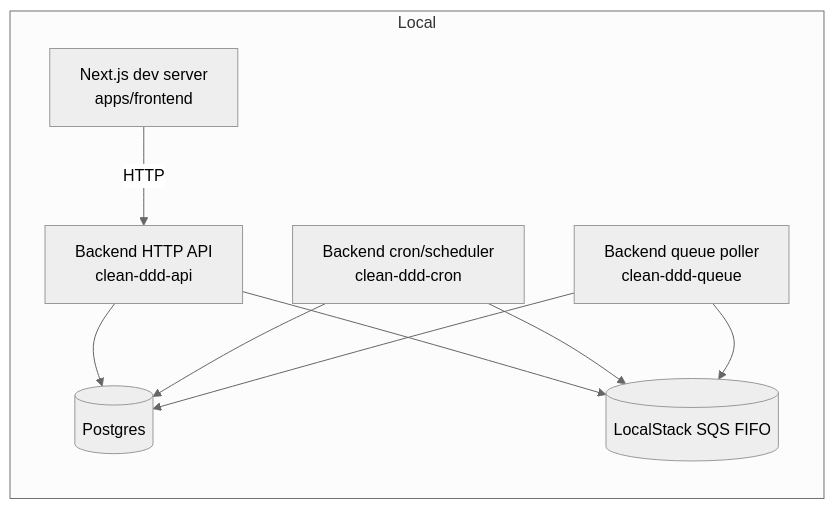
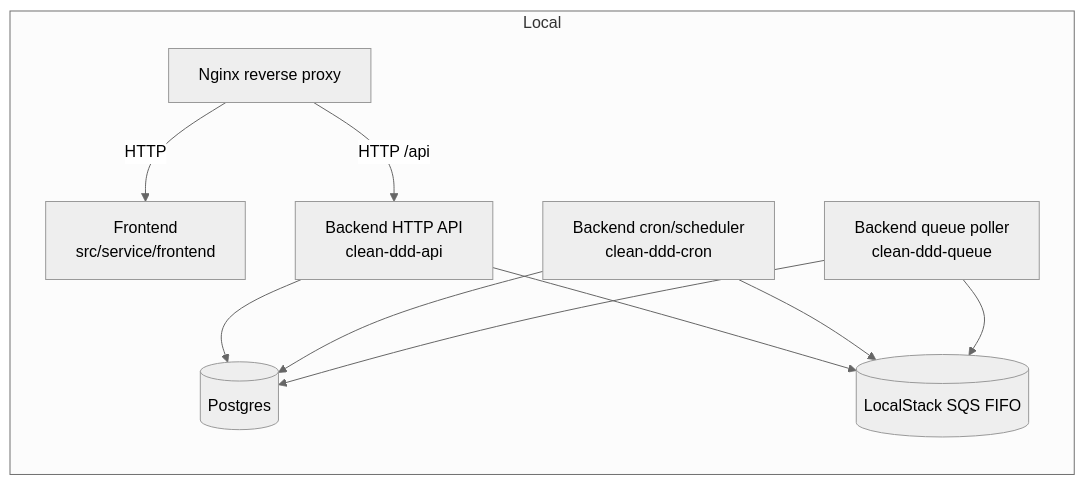
One commit to younganswer/clean-ddd changed the first of 2 diagrams in docs/runtime-topology.md. Above: the diagram before and after it, drawn with Mermaid (neutral theme). The commit also changed other lines of this file and 12 other files, not shown here.

````diff
--- a/docs/runtime-topology.md
+++ b/docs/runtime-topology.md
@@ -9,17 +9,18 @@
 ```mermaid
 graph LR
   subgraph LocalMachine[Local]
-    FE[Next.js dev server\napps/frontend] -->|HTTP| API[Backend HTTP API\nclean-ddd-api]
+    NGINX[Nginx reverse proxy] -->|HTTP| FE[Frontend\nsrc/service/frontend]
+    NGINX -->|HTTP /api| API[Backend HTTP API\nclean-ddd-api]
 
     CRON[Backend cron/scheduler\nclean-ddd-cron]
     QP[Backend queue poller\nclean-ddd-queue]
 
     API --> DB[(Postgres)]
     CRON --> DB
     QP --> DB
 
     API --> SQS[(LocalStack SQS FIFO)]
     CRON --> SQS
     QP --> SQS
   end
 ```
````
